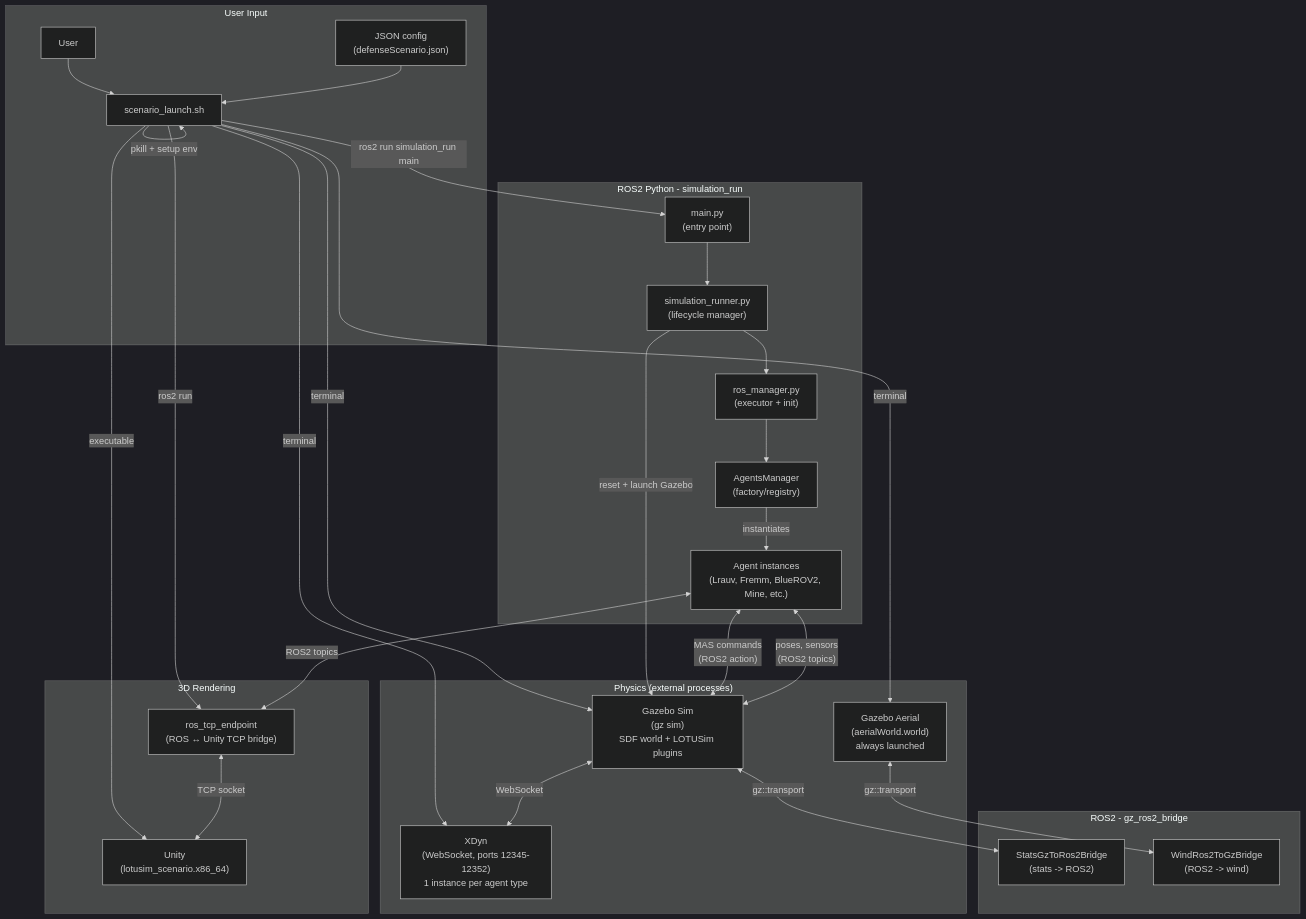
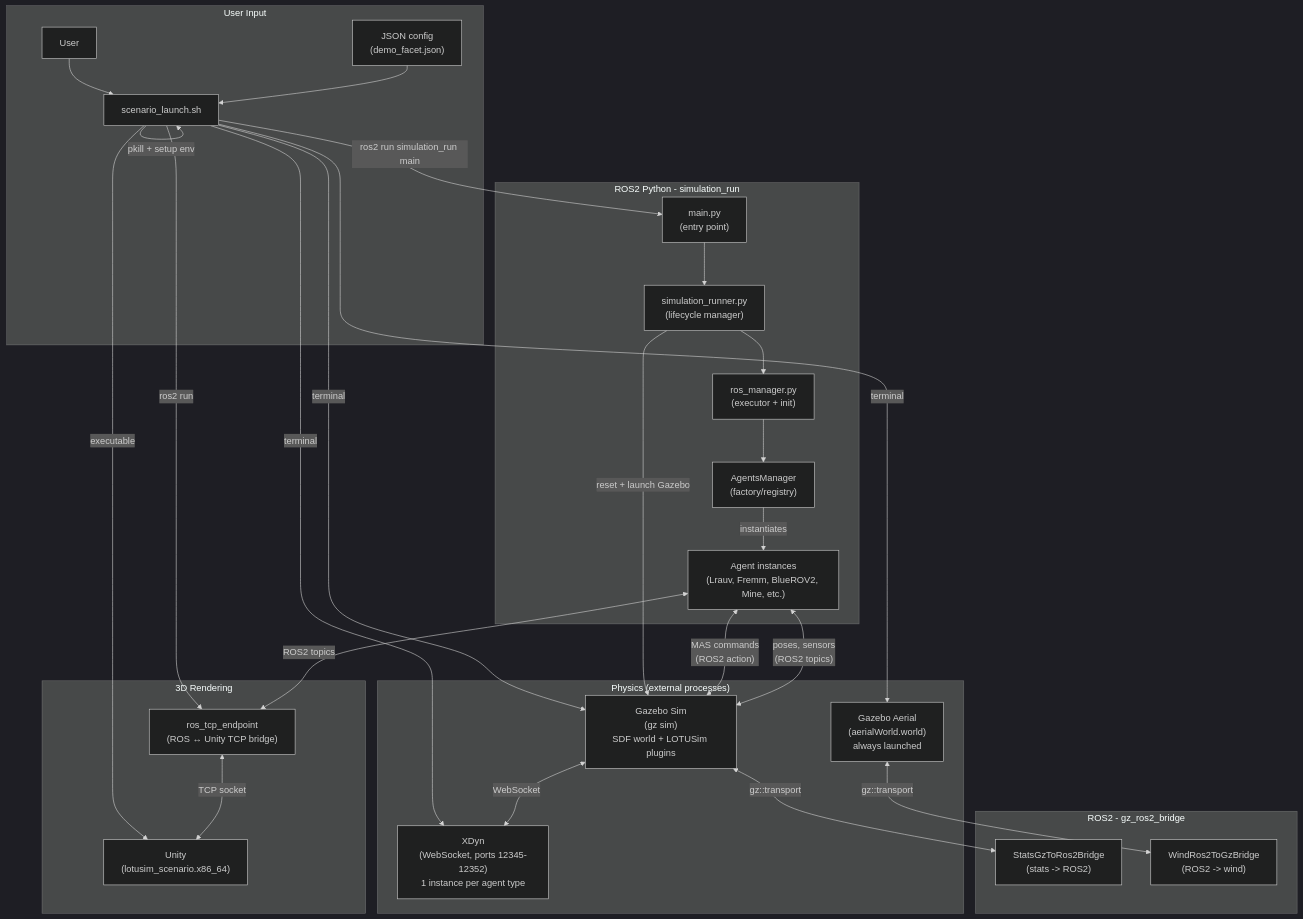
The fourth of 4 diagrams in doc/DIAGRAMS.md (IRL-Crossing-CNRS/LOTUSim-generic-scenario), drawn with Mermaid (dark theme) before and after one commit. The commit also changed other lines of this file and 47 other files, not shown here.

First line of the commit message:
feat: PX4 offboard patrol, 3D wake tube and scenario config layout

````diff
--- a/doc/DIAGRAMS.md
+++ b/doc/DIAGRAMS.md
@@ -497,59 +502,59 @@
 ```mermaid
 flowchart TB
     subgraph "User Input"
         USER["User"]
-        CONFIG["JSON config<br/>(defenseScenario.json)"]
+        CONFIG["JSON config<br/>(demo_facet.json)"]
         LAUNCH["scenario_launch.sh"]
     end
 
     subgraph "Physics (external processes)"
         XDYN["XDyn<br/>(WebSocket, ports 12345-12352)<br/>1 instance per agent type"]
         GAZEBO["Gazebo Sim<br/>(gz sim)<br/>SDF world + LOTUSim plugins"]
         GAZEBO_AERIAL["Gazebo Aerial<br/>(aerialWorld.world)<br/>always launched"]
     end
 
     subgraph "ROS2 Python - simulation_run"
         MAIN["main.py<br/>(entry point)"]
         SR["simulation_runner.py<br/>(lifecycle manager)"]
         RM["ros_manager.py<br/>(executor + init)"]
         AM["AgentsManager<br/>(factory/registry)"]
         AGENTS["Agent instances<br/>(Lrauv, Fremm, BlueROV2, Mine, etc.)"]
     end
 
     subgraph "ROS2 - gz_ros2_bridge"
         STATS["StatsGzToRos2Bridge<br/>(stats -> ROS2)"]
         WIND["WindRos2ToGzBridge<br/>(ROS2 -> wind)"]
     end
 
     subgraph "3D Rendering"
         UNITY["Unity<br/>(lotusim_scenario.x86_64)"]
         TCP_EP["ros_tcp_endpoint<br/>(ROS ↔ Unity TCP bridge)"]
     end
 
     USER --> LAUNCH
     CONFIG --> LAUNCH
 
     LAUNCH -->|"pkill + setup env"| LAUNCH
     LAUNCH -->|"terminal"| XDYN
     LAUNCH -->|"terminal"| GAZEBO
     LAUNCH -->|"terminal"| GAZEBO_AERIAL
     LAUNCH -->|"executable"| UNITY
     LAUNCH -->|"ros2 run"| TCP_EP
     LAUNCH -->|"ros2 run simulation_run main"| MAIN
 
     MAIN --> SR
     SR -->|"reset + launch Gazebo"| GAZEBO
     SR --> RM
     RM --> AM
     AM -->|"instantiates"| AGENTS
 
     AGENTS <-->|"MAS commands<br/>(ROS2 action)"| GAZEBO
     AGENTS <-->|"poses, sensors<br/>(ROS2 topics)"| GAZEBO
     GAZEBO <-->|"WebSocket"| XDYN
 
     GAZEBO <-->|"gz::transport"| STATS
     GAZEBO_AERIAL <-->|"gz::transport"| WIND
 
     AGENTS <-->|"ROS2 topics"| TCP_EP
     TCP_EP <-->|"TCP socket"| UNITY
 ```
````
